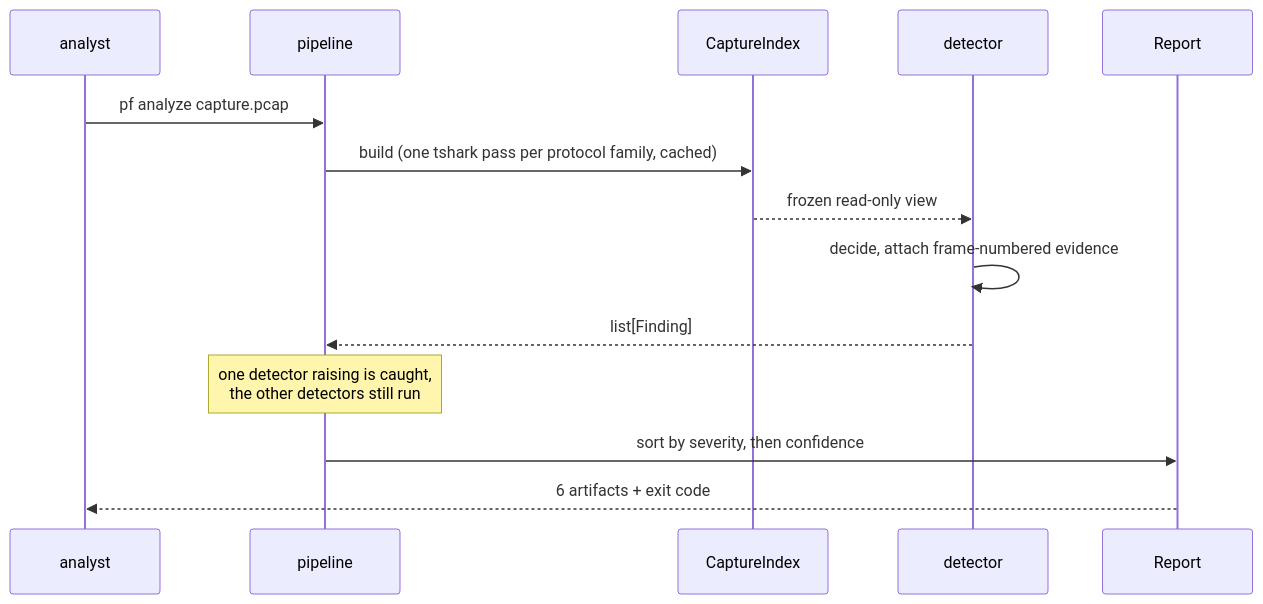
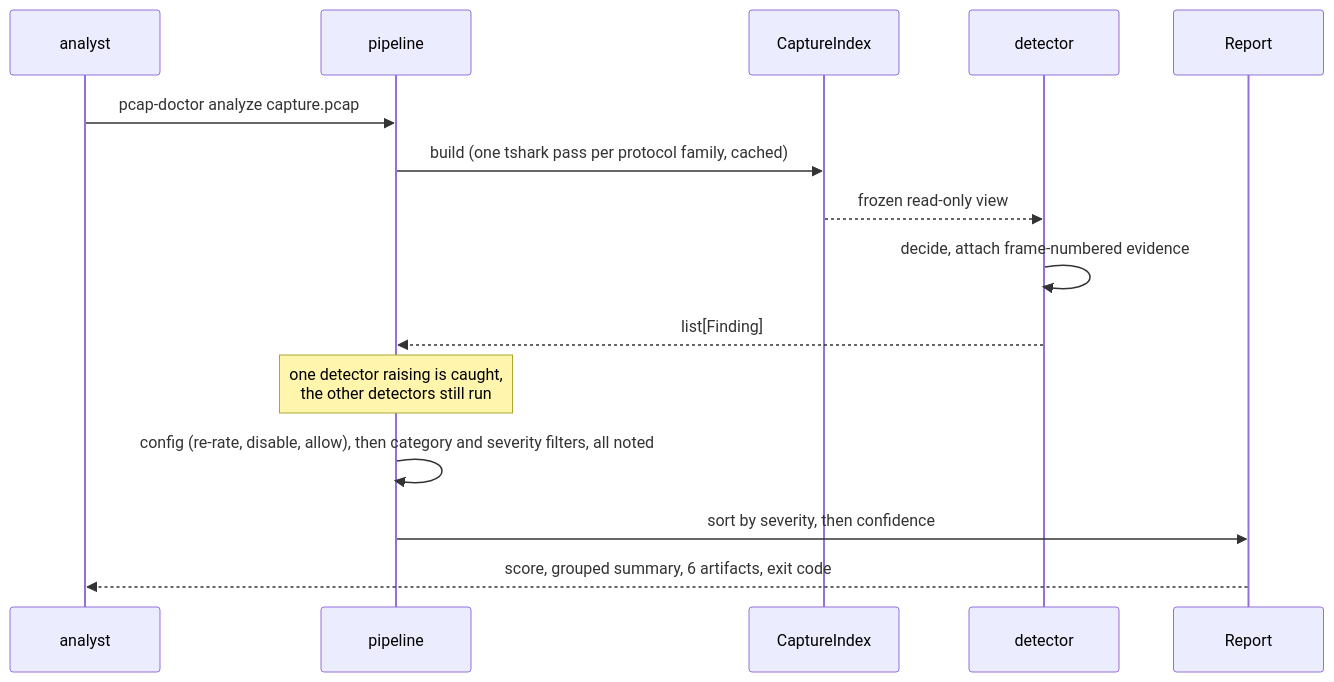
The fourth of 4 diagrams in README.md (Vaibhav91one/pcap-forensics), drawn with Mermaid before and after one commit. The commit also changed other lines of this file and 24 other files, not shown here.

Commit message:
docs: pcap-doctor README, CHANGELOG 0.2.0, version from package metadata (#65)

````diff
--- a/README.md
+++ b/README.md
@@ -294,16 +491,17 @@
 ```mermaid
 sequenceDiagram
   participant U as analyst
   participant P as pipeline
   participant I as CaptureIndex
   participant D as detector
   participant R as Report
-  U->>P: pf analyze capture.pcap
+  U->>P: pcap-doctor analyze capture.pcap
   P->>I: build (one tshark pass per protocol family, cached)
   I-->>D: frozen read-only view
   D->>D: decide, attach frame-numbered evidence
   D-->>P: list[Finding]
   Note over P: one detector raising is caught,<br/>the other detectors still run
+  P->>P: config (re-rate, disable, allow), then category and severity filters, all noted
   P->>R: sort by severity, then confidence
-  R-->>U: 6 artifacts + exit code
+  R-->>U: score, grouped summary, 6 artifacts, exit code
 ```
````
